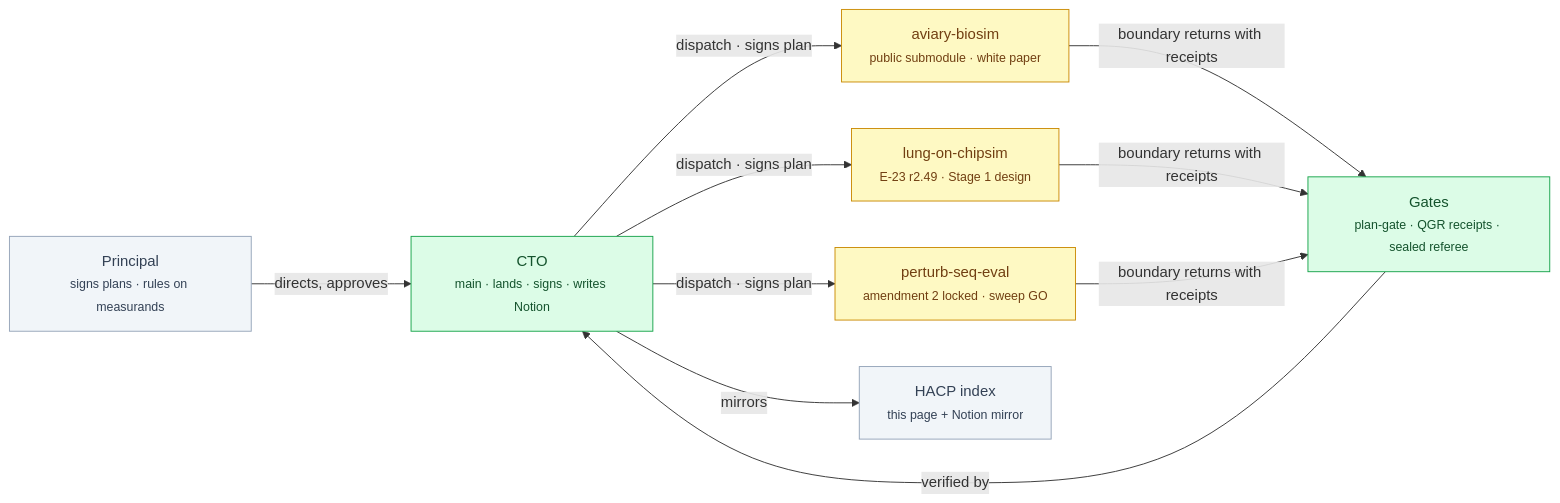
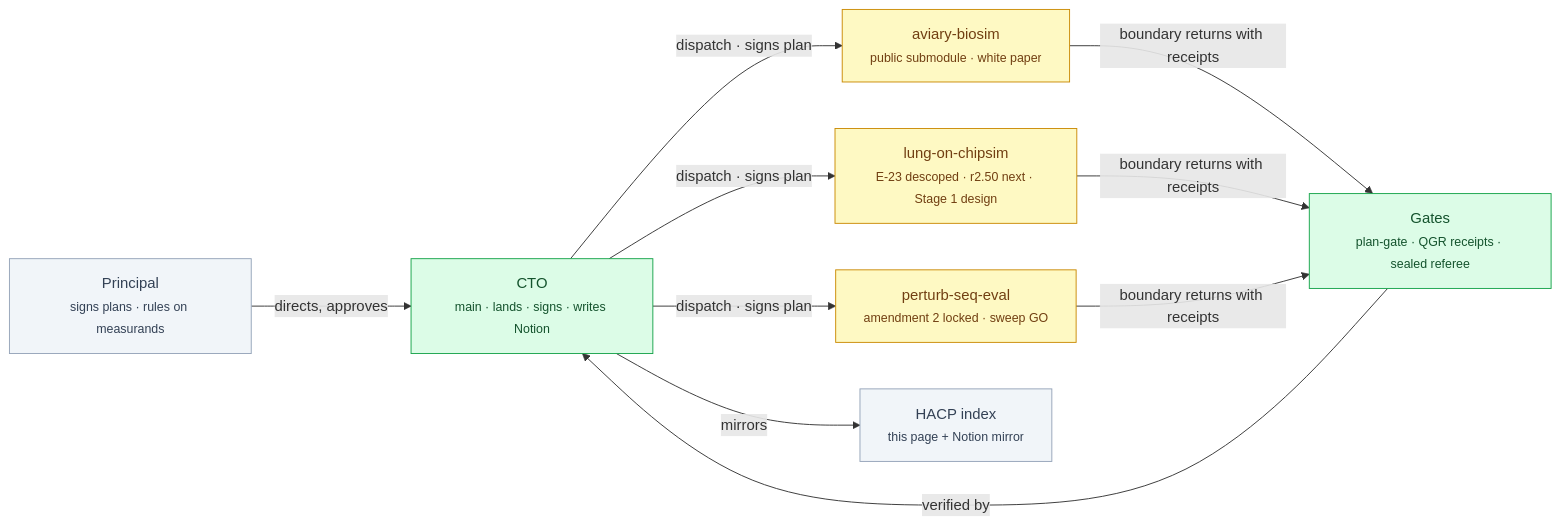
Before and after one commit to supmo668/bioFM: the diagram in docs/hacp/index.md, drawn with Mermaid. The commit also changed other lines of this file and 6 other files, not shown here.

First line of the commit message:
main/cto: coord(lung-on-chipsim): #492 — row 55 route corrected by appended row (standing time-box ruling applied; principal-confirmed verbatim); route convention adopted; HACP local rows mirrored (decision/risk/build/eval/index)

````diff
--- a/docs/hacp/index.md
+++ b/docs/hacp/index.md
@@ -28,20 +28,20 @@
 ```mermaid
 flowchart LR
   classDef quiet fill:#f1f5f9,stroke:#94a3b8,color:#334155
   classDef live fill:#fef9c3,stroke:#ca8a04,color:#713f12
   classDef trust fill:#dcfce7,stroke:#16a34a,color:#14532d
   P["Principal<br/><small>signs plans · rules on measurands</small>"]:::quiet
   C["CTO<br/><small>main · lands · signs · writes Notion</small>"]:::trust
   A["aviary-biosim<br/><small>public submodule · white paper</small>"]:::live
-  L["lung-on-chipsim<br/><small>E-23 r2.49 · Stage 1 design</small>"]:::live
+  L["lung-on-chipsim<br/><small>E-23 descoped · r2.50 next · Stage 1 design</small>"]:::live
   Q["perturb-seq-eval<br/><small>amendment 2 locked · sweep GO</small>"]:::live
   G["Gates<br/><small>plan-gate · QGR receipts · sealed referee</small>"]:::trust
   N["HACP index<br/><small>this page + Notion mirror</small>"]:::quiet
   P -->|"directs, approves"| C
   C -->|"dispatch · signs plan"| A
   C -->|"dispatch · signs plan"| L
   C -->|"dispatch · signs plan"| Q
   A & L & Q -->|"boundary returns with receipts"| G
   G -->|"verified by"| C
   C -->|"mirrors"| N
 ```
````
